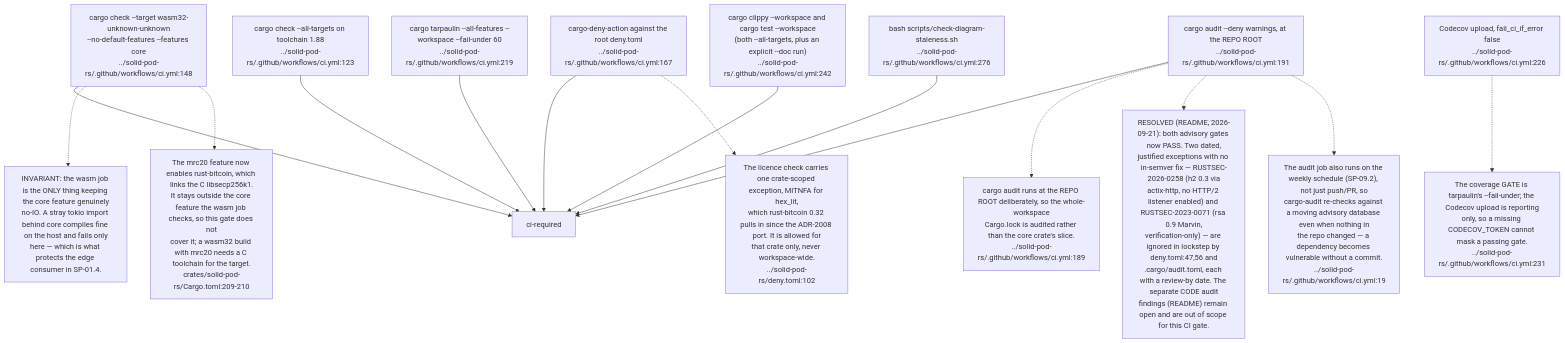
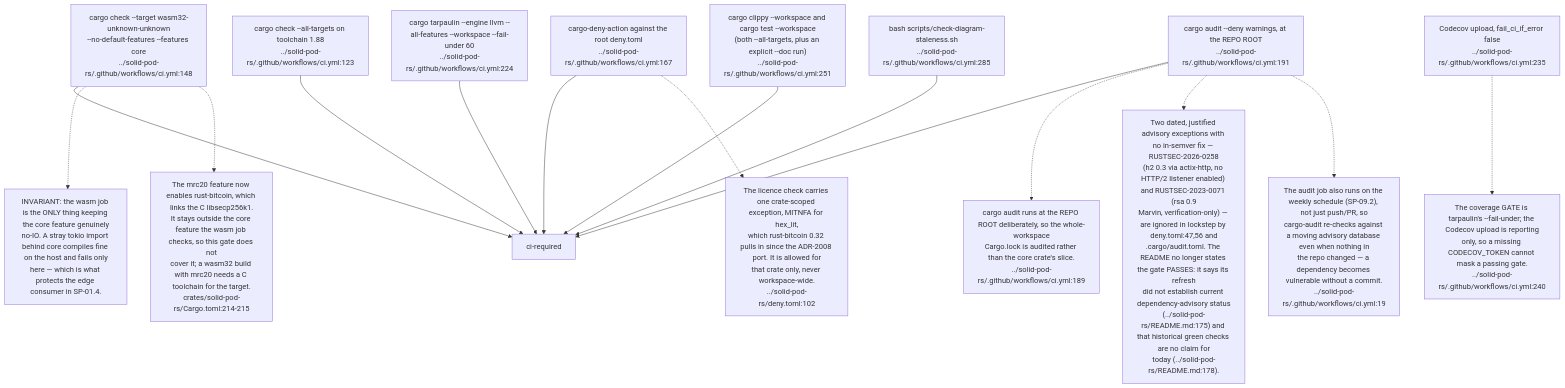
One commit to DreamLab-AI/VisionFlow changed the third of 9 diagrams in docs/diagrams/solid-pod-rs/09-ci-release-and-consumer-pins.md. Above: the diagram before and after it, drawn with Mermaid. The commit also changed other lines of this file and 160 other files, not shown here.

````diff
--- a/docs/diagrams/solid-pod-rs/09-ci-release-and-consumer-pins.md
+++ b/docs/diagrams/solid-pod-rs/09-ci-release-and-consumer-pins.md
@@ -96,34 +105,34 @@
 ```mermaid
 flowchart TD
     MSRV["cargo check --all-targets on toolchain 1.88<br/>../solid-pod-rs/.github/workflows/ci.yml:123"]
     WASM["cargo check --target wasm32-unknown-unknown<br/>--no-default-features --features core<br/>../solid-pod-rs/.github/workflows/ci.yml:148"]
     DENY["cargo-deny-action against the root deny.toml<br/>../solid-pod-rs/.github/workflows/ci.yml:167"]
     AUD["cargo audit --deny warnings, at the REPO ROOT<br/>../solid-pod-rs/.github/workflows/ci.yml:191"]
-    COV["cargo tarpaulin --all-features --workspace --fail-under 60<br/>../solid-pod-rs/.github/workflows/ci.yml:219"]
-    CC["Codecov upload, fail_ci_if_error false<br/>../solid-pod-rs/.github/workflows/ci.yml:226"]
-    WSJ["cargo clippy --workspace and cargo test --workspace<br/>(both --all-targets, plus an explicit --doc run)<br/>../solid-pod-rs/.github/workflows/ci.yml:242"]
-    DIA["bash scripts/check-diagram-staleness.sh<br/>../solid-pod-rs/.github/workflows/ci.yml:276"]
+    COV["cargo tarpaulin --engine llvm --all-features --workspace --fail-under 60<br/>../solid-pod-rs/.github/workflows/ci.yml:224"]
+    CC["Codecov upload, fail_ci_if_error false<br/>../solid-pod-rs/.github/workflows/ci.yml:235"]
+    WSJ["cargo clippy --workspace and cargo test --workspace<br/>(both --all-targets, plus an explicit --doc run)<br/>../solid-pod-rs/.github/workflows/ci.yml:251"]
+    DIA["bash scripts/check-diagram-staleness.sh<br/>../solid-pod-rs/.github/workflows/ci.yml:285"]
 
     MSRV --> GATE["ci-required"]
     WASM --> GATE
     DENY --> GATE
     AUD --> GATE
     COV --> GATE
     WSJ --> GATE
     DIA --> GATE
 
     N["INVARIANT: the wasm job is the ONLY thing keeping the core feature genuinely<br/>no-IO. A stray tokio import behind core compiles fine on the host and fails only<br/>here — which is what protects the edge consumer in SP-01.4."]
     WASM -.-> N
     N2["cargo audit runs at the REPO ROOT deliberately, so the whole-workspace<br/>Cargo.lock is audited rather than the core crate's slice.<br/>../solid-pod-rs/.github/workflows/ci.yml:189"]
     AUD -.-> N2
-    N3["The coverage GATE is tarpaulin's --fail-under; the Codecov upload is reporting<br/>only, so a missing CODECOV_TOKEN cannot mask a passing gate.<br/>../solid-pod-rs/.github/workflows/ci.yml:231"]
+    N3["The coverage GATE is tarpaulin's --fail-under; the Codecov upload is reporting<br/>only, so a missing CODECOV_TOKEN cannot mask a passing gate.<br/>../solid-pod-rs/.github/workflows/ci.yml:240"]
     CC -.-> N3
-    N4["RESOLVED (README, 2026-09-21): both advisory gates now PASS. Two dated,<br/>justified exceptions with no in-semver fix — RUSTSEC-2026-0258 (h2 0.3 via<br/>actix-http, no HTTP/2 listener enabled) and RUSTSEC-2023-0071 (rsa 0.9 Marvin,<br/>verification-only) — are ignored in lockstep by deny.toml:47,56 and<br/>.cargo/audit.toml, each with a review-by date. The separate CODE audit<br/>findings (README) remain open and are out of scope for this CI gate."]
+    N4["Two dated, justified advisory exceptions with no in-semver fix — RUSTSEC-2026-0258<br/>(h2 0.3 via actix-http, no HTTP/2 listener enabled) and RUSTSEC-2023-0071 (rsa 0.9<br/>Marvin, verification-only) — are ignored in lockstep by deny.toml:47,56 and<br/>.cargo/audit.toml. The README no longer states the gate PASSES: it says its refresh<br/>did not establish current dependency-advisory status<br/>(../solid-pod-rs/README.md:175) and that historical green checks are no claim for<br/>today (../solid-pod-rs/README.md:178)."]
     AUD -.-> N4
     N5["The audit job also runs on the weekly schedule (SP-09.2), not just push/PR, so<br/>cargo-audit re-checks against a moving advisory database even when nothing in<br/>the repo changed — a dependency becomes vulnerable without a commit.<br/>../solid-pod-rs/.github/workflows/ci.yml:19"]
     AUD -.-> N5
     N6["The licence check carries one crate-scoped exception, MITNFA for hex_lit,<br/>which rust-bitcoin 0.32 pulls in since the ADR-2008 port. It is allowed for<br/>that crate only, never workspace-wide.<br/>../solid-pod-rs/deny.toml:102"]
     DENY -.-> N6
-    N7["The mrc20 feature now enables rust-bitcoin, which links the C libsecp256k1.<br/>It stays outside the core feature the wasm job checks, so this gate does not<br/>cover it; a wasm32 build with mrc20 needs a C toolchain for the target.<br/>crates/solid-pod-rs/Cargo.toml:209-210"]
+    N7["The mrc20 feature now enables rust-bitcoin, which links the C libsecp256k1.<br/>It stays outside the core feature the wasm job checks, so this gate does not<br/>cover it; a wasm32 build with mrc20 needs a C toolchain for the target.<br/>crates/solid-pod-rs/Cargo.toml:214-215"]
     WASM -.-> N7
 ```
````
